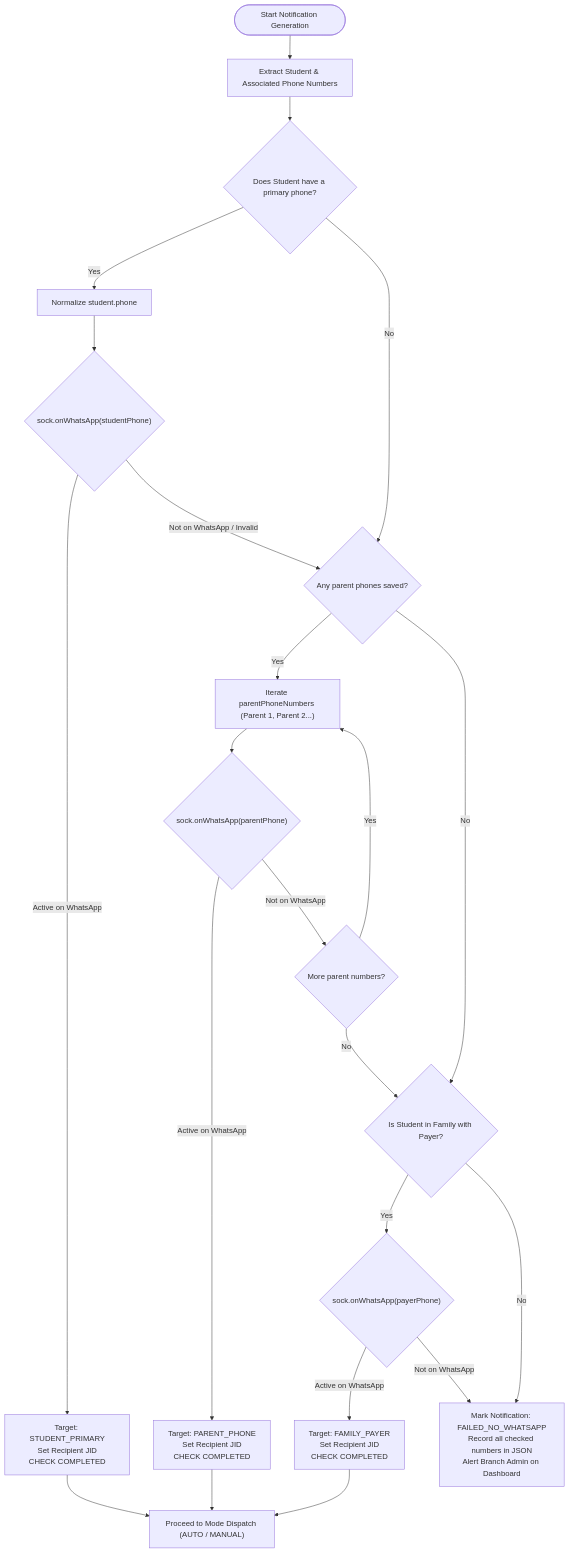
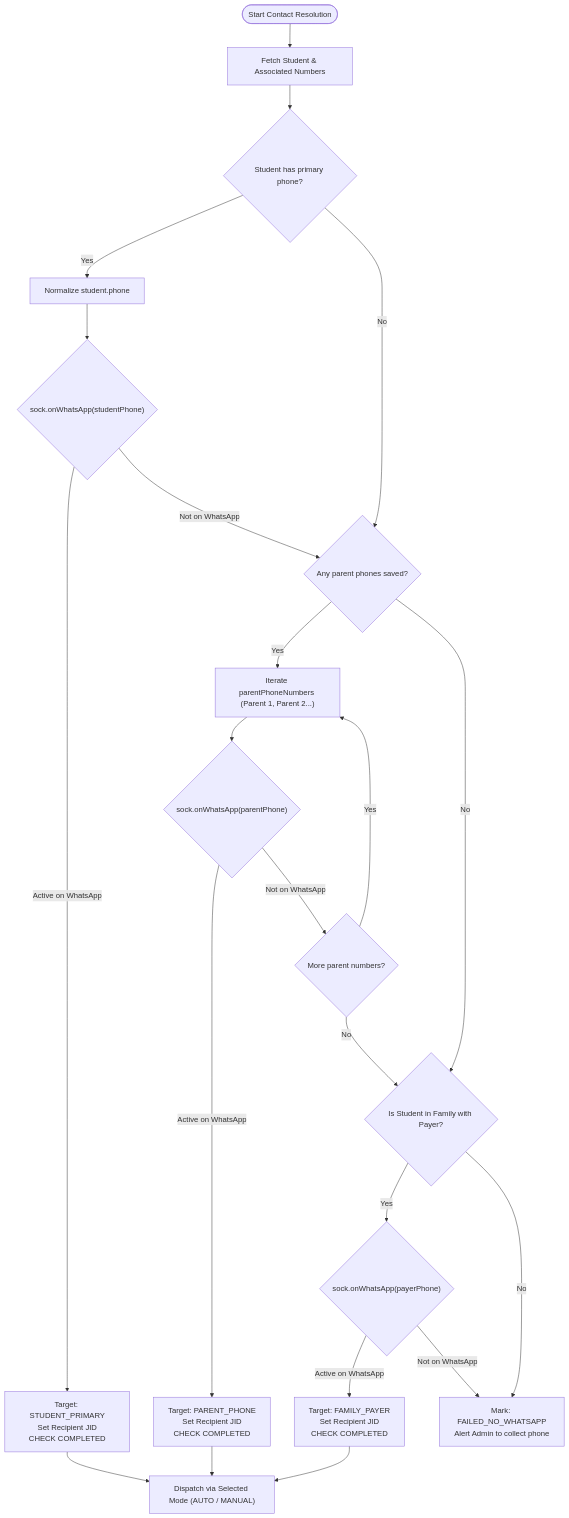
The second of 3 diagrams in docs/WHATSAPP_INTEGRATION_PLAN.md (wassim-py/massinissa-soft), drawn with Mermaid before and after one commit. The commit also changed other lines of this file and 31 other files, not shown here.

````diff
--- a/docs/WHATSAPP_INTEGRATION_PLAN.md
+++ b/docs/WHATSAPP_INTEGRATION_PLAN.md
@@ -335,32 +305,32 @@
 ```mermaid
 flowchart TD
-    Start(["Start Notification Generation"]) --> ExtractStudent["Extract Student & Associated Phone Numbers"]
+    Start(["Start Contact Resolution"]) --> GetStudent["Fetch Student & Associated Numbers"]
+    GetStudent --> CheckGlobal{"Student has primary phone?"}
     
-    ExtractStudent --> CheckGlobal{"Does Student have a primary phone?"}
     CheckGlobal -- Yes --> NormGlobal["Normalize student.phone"]
     CheckGlobal -- No --> CheckParents{"Any parent phones saved?"}
     
     NormGlobal --> QueryGlobal{"sock.onWhatsApp(studentPhone)"}
     QueryGlobal -- Active on WhatsApp --> FoundGlobal["Target: STUDENT_PRIMARY<br/>Set Recipient JID<br/>CHECK COMPLETED"]
-    QueryGlobal -- Not on WhatsApp / Invalid --> CheckParents
+    QueryGlobal -- Not on WhatsApp --> CheckParents
     
     CheckParents -- Yes --> LoopParents["Iterate parentPhoneNumbers (Parent 1, Parent 2...)"]
     CheckParents -- No --> CheckFamily{"Is Student in Family with Payer?"}
     
     LoopParents --> QueryParent{"sock.onWhatsApp(parentPhone)"}
     QueryParent -- Active on WhatsApp --> FoundParent["Target: PARENT_PHONE<br/>Set Recipient JID<br/>CHECK COMPLETED"]
     QueryParent -- Not on WhatsApp --> NextParent{"More parent numbers?"}
     NextParent -- Yes --> LoopParents
     NextParent -- No --> CheckFamily
     
     CheckFamily -- Yes --> QueryFamilyPayer{"sock.onWhatsApp(payerPhone)"}
     QueryFamilyPayer -- Active on WhatsApp --> FoundFamily["Target: FAMILY_PAYER<br/>Set Recipient JID<br/>CHECK COMPLETED"]
     QueryFamilyPayer -- Not on WhatsApp --> NoWA
     CheckFamily -- No --> NoWA
     
-    NoWA["Mark Notification: FAILED_NO_WHATSAPP<br/>Record all checked numbers in JSON<br/>Alert Branch Admin on Dashboard"]
+    NoWA["Mark: FAILED_NO_WHATSAPP<br/>Alert Admin to collect phone"]
     
-    FoundGlobal --> SendOrQueue["Proceed to Mode Dispatch (AUTO / MANUAL)"]
-    FoundParent --> SendOrQueue
-    FoundFamily --> SendOrQueue
+    FoundGlobal --> Outbox["Dispatch via Selected Mode (AUTO / MANUAL)"]
+    FoundParent --> Outbox
+    FoundFamily --> Outbox
 ```
````
